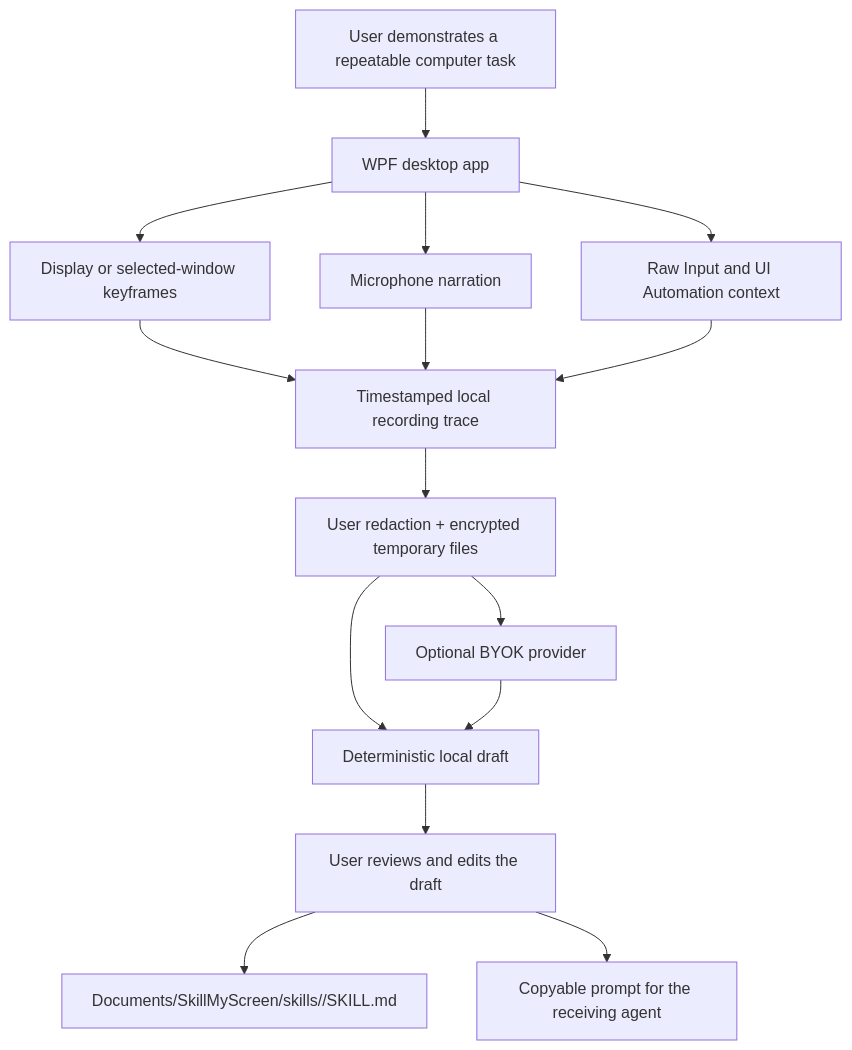
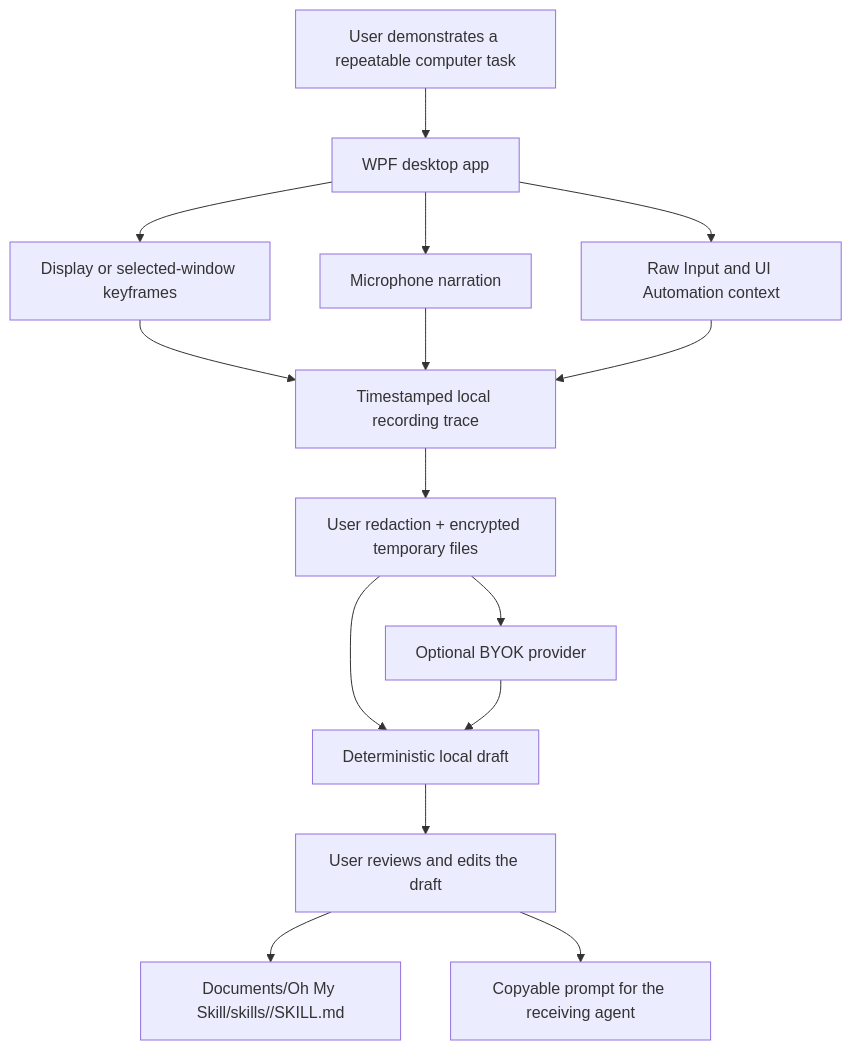
One commit to codemanojhv/OhMySkill changed the diagram in README.md. Above: the diagram before and after it, drawn with Mermaid. The commit also changed other lines of this file and 28 other files, not shown here.

```diff
--- a/README.md
+++ b/README.md
@@ -29,17 +29,17 @@
 ~~~mermaid
 flowchart TB
     USER["User demonstrates a repeatable computer task"] --> UI["WPF desktop app"]
     UI --> CAPTURE["Display or selected-window keyframes"]
     UI --> MIC["Microphone narration"]
     UI --> INPUT["Raw Input and UI Automation context"]
     CAPTURE --> TRACE["Timestamped local recording trace"]
     MIC --> TRACE
     INPUT --> TRACE
     TRACE --> PROTECT["User redaction + encrypted temporary files"]
     PROTECT --> DRAFT["Deterministic local draft"]
     PROTECT --> BYOK["Optional BYOK provider"]
     BYOK --> DRAFT
     DRAFT --> REVIEW["User reviews and edits the draft"]
-    REVIEW --> SKILL["Documents/SkillMyScreen/skills/<slug>/SKILL.md"]
+    REVIEW --> SKILL["Documents/Oh My Skill/skills/<slug>/SKILL.md"]
     REVIEW --> PROMPT["Copyable prompt for the receiving agent"]
 ~~~
```
